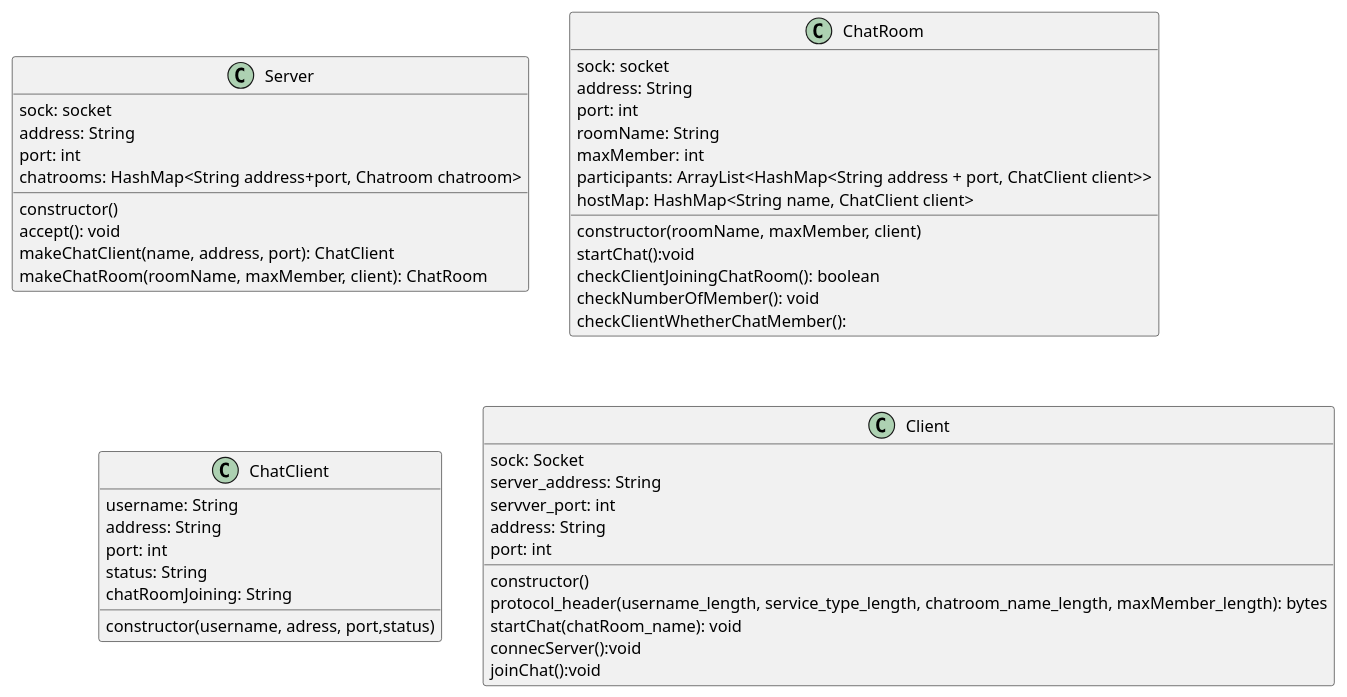
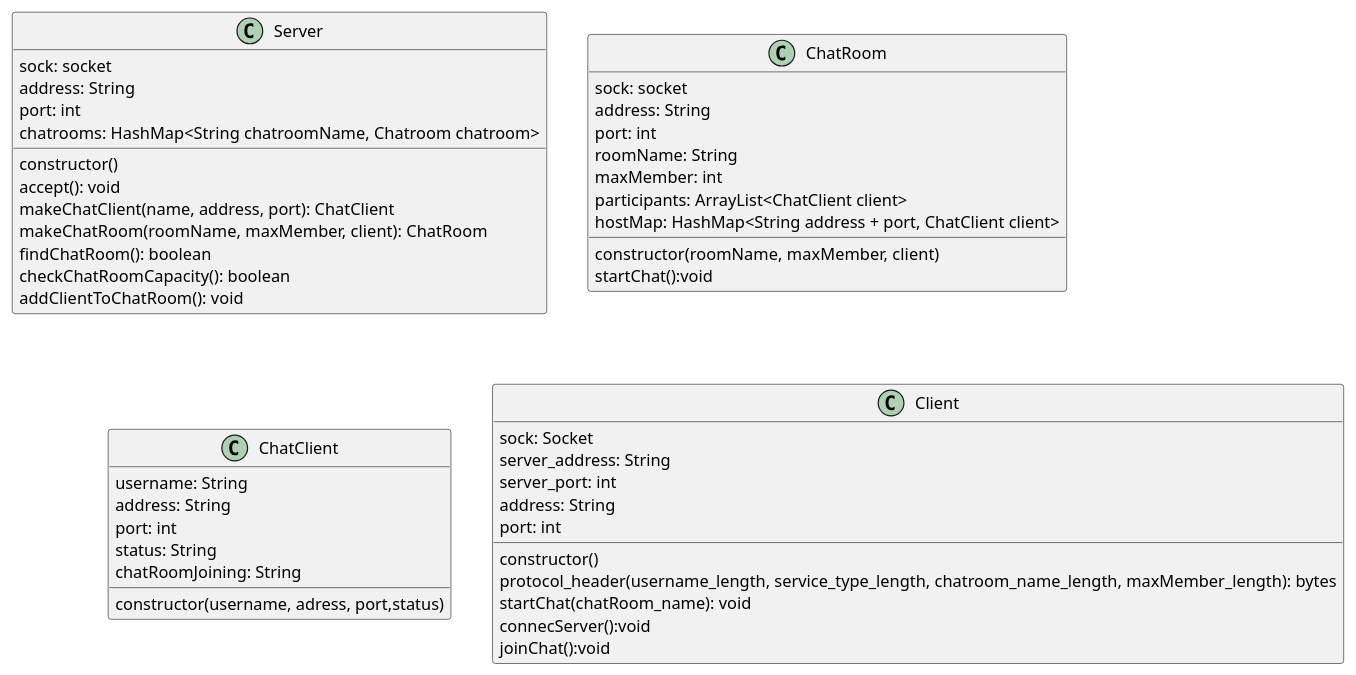
One commit to AkinoJoey/online-chat-messenger changed the diagram in class_diagram.wsd. Above: the diagram before and after it, drawn with PlantUML. The commit also changed 2 other files, not shown here.

```diff
--- a/class_diagram.wsd
+++ b/class_diagram.wsd
@@ -1,54 +1,54 @@
 @startuml all
 
 ' サーバー側のコード。クライアントのリクエストを受けて、チャットルームを作成したり、チャットルームにジョインさせたりする
 class Server{
     sock: socket
     address: String
     port: int
-    chatrooms: HashMap<String address+port, Chatroom chatroom>
+    chatrooms: HashMap<String chatroomName, Chatroom chatroom>
     constructor()
     accept(): void
     makeChatClient(name, address, port): ChatClient
     makeChatRoom(roomName, maxMember, client): ChatRoom   
+    findChatRoom(): boolean
+    checkChatRoomCapacity(): boolean
+    addClientToChatRoom(): void
 }
 
 class ChatRoom{
     sock: socket
     address: String
     port: int
     roomName: String
     maxMember: int
-    participants: ArrayList<HashMap<String address + port, ChatClient client>>
-    hostMap: HashMap<String name, ChatClient client>
+    participants: ArrayList<ChatClient client>
+    hostMap: HashMap<String address + port, ChatClient client>
     constructor(roomName, maxMember, client)
     startChat():void
-    checkClientJoiningChatRoom(): boolean
-    checkNumberOfMember(): void
-    checkClientWhetherChatMember():
-
+    
 }
 
 class ChatClient{
     username: String
     address: String
     port: int
     status: String 
     chatRoomJoining: String
     constructor(username, adress, port,status)
 }
 
 class Client{
     sock: Socket
     server_address: String
-    servver_port: int
+    server_port: int
     address: String
     port: int
     constructor()
     protocol_header(username_length, service_type_length, chatroom_name_length, maxMember_length): bytes
     startChat(chatRoom_name): void
     connecServer():void
     joinChat():void
 }
 
 
 @enduml
```
